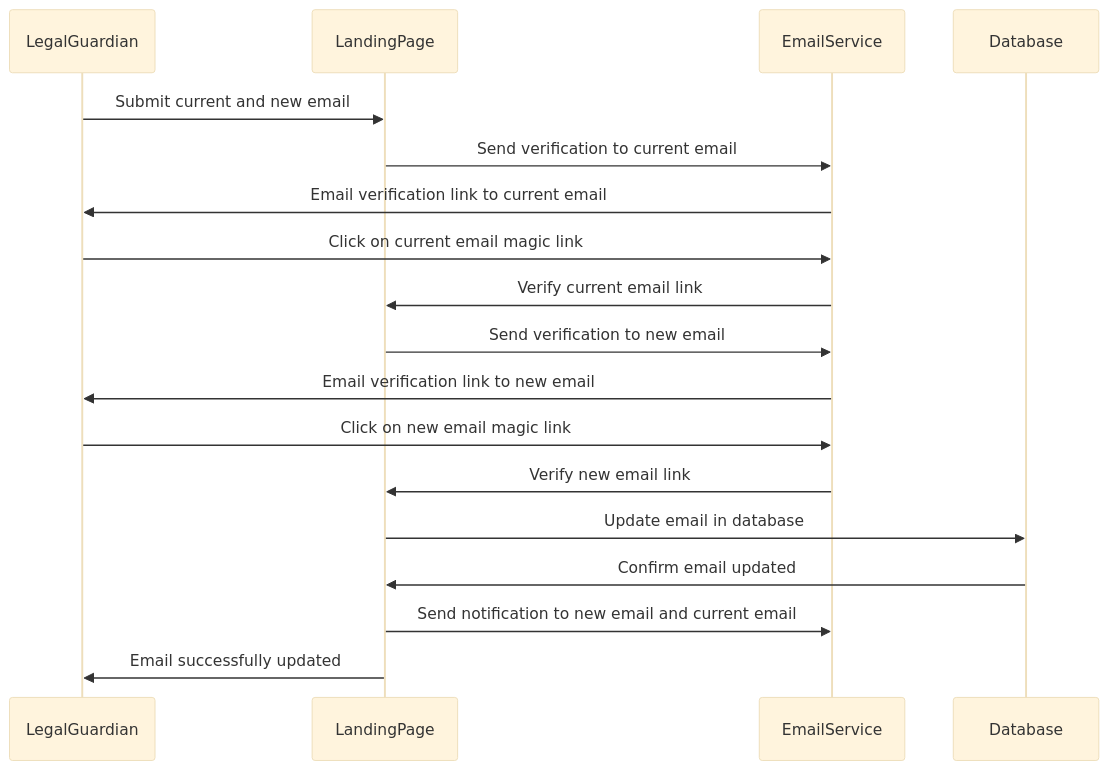
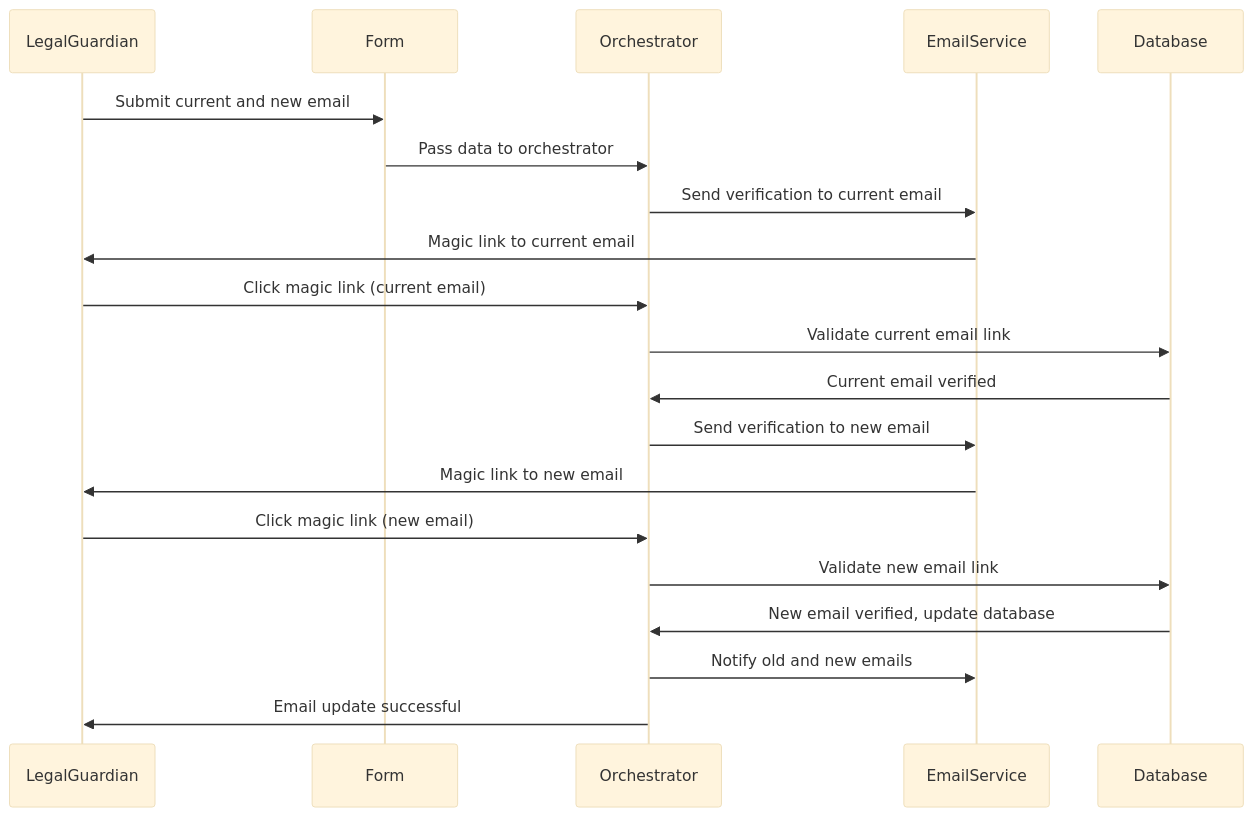
The second of 2 diagrams in docs/02a-Onboarding.md (rett-europe/patient-registry), drawn with Mermaid (base theme) before and after one commit. The commit also changed other lines of this file and 3 other files, not shown here.

Commit message:
Update onboarding flow

````diff
--- a/docs/02a-Onboarding.md
+++ b/docs/02a-Onboarding.md
@@ -51,24 +82,27 @@
 ```mermaid
 sequenceDiagram
     participant LegalGuardian
-    participant LandingPage
+    participant Form
+    participant Orchestrator
     participant EmailService
     participant Database
 
-    LegalGuardian->>LandingPage: Submit current and new email
-    LandingPage->>EmailService: Send verification to current email
-    EmailService->>LegalGuardian: Email verification link to current email
+    LegalGuardian->>Form: Submit current and new email
+    Form->>Orchestrator: Pass data to orchestrator
+    Orchestrator->>EmailService: Send verification to current email
+    EmailService->>LegalGuardian: Magic link to current email
 
-    LegalGuardian->>EmailService: Click on current email magic link
-    EmailService->>LandingPage: Verify current email link
-    LandingPage->>EmailService: Send verification to new email
-    EmailService->>LegalGuardian: Email verification link to new email
+    LegalGuardian->>Orchestrator: Click magic link (current email)
+    Orchestrator->>Database: Validate current email link
+    Database->>Orchestrator: Current email verified
 
-    LegalGuardian->>EmailService: Click on new email magic link
-    EmailService->>LandingPage: Verify new email link
-    LandingPage->>Database: Update email in database
-    Database->>LandingPage: Confirm email updated
-    LandingPage->>EmailService: Send notification to new email and current email
+    Orchestrator->>EmailService: Send verification to new email
+    EmailService->>LegalGuardian: Magic link to new email
 
-    LandingPage->>LegalGuardian: Email successfully updated
+    LegalGuardian->>Orchestrator: Click magic link (new email)
+    Orchestrator->>Database: Validate new email link
+    Database->>Orchestrator: New email verified, update database
+
+    Orchestrator->>EmailService: Notify old and new emails
+    Orchestrator->>LegalGuardian: Email update successful
 ```
````
